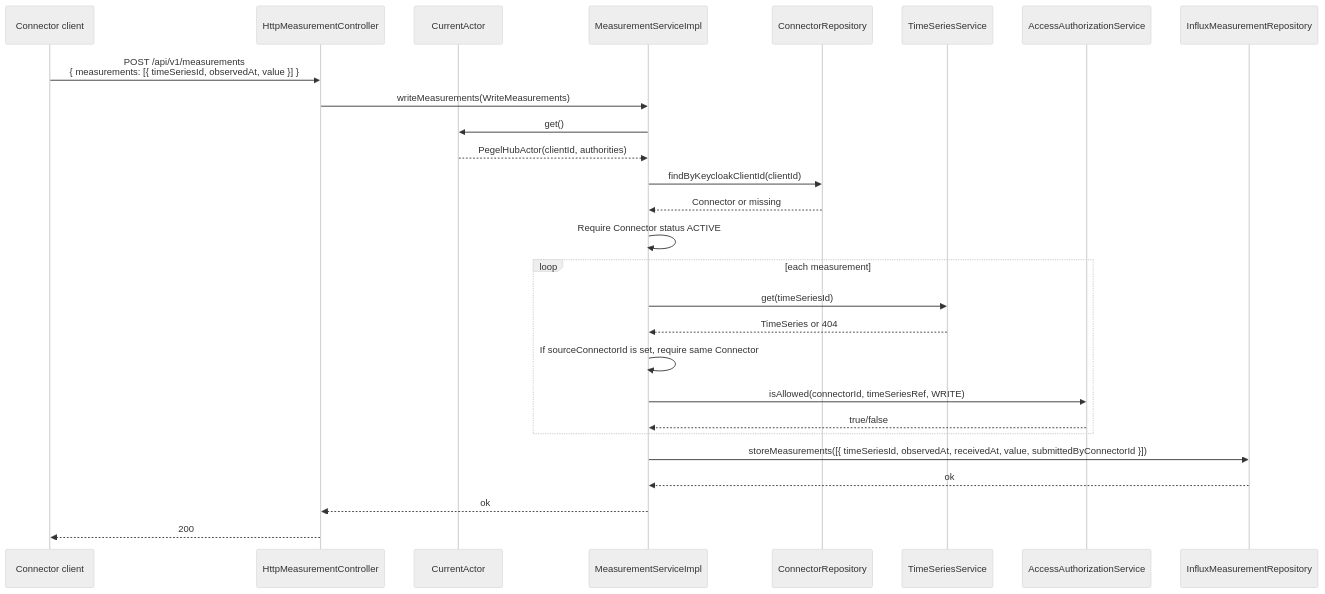
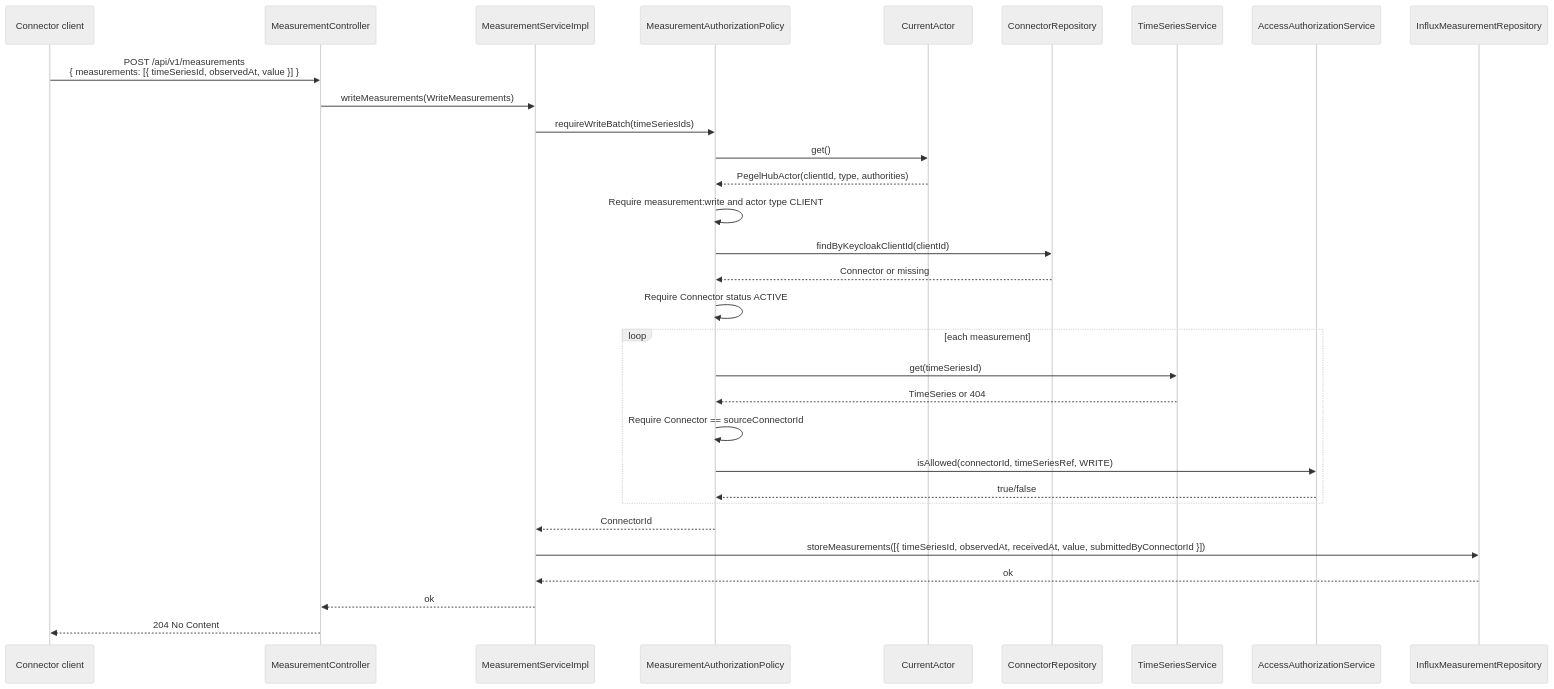
The fourth of 5 diagrams in docs/architecture/pegelhub-domain-model.md (viadonau/pegelhub), drawn with Mermaid (neutral theme) before and after one commit. The commit also changed other lines of this file and 19 other files, not shown here.

````diff
--- a/docs/architecture/pegelhub-domain-model.md
+++ b/docs/architecture/pegelhub-domain-model.md
@@ -173,32 +184,36 @@
 ```mermaid
 sequenceDiagram
     participant C as Connector client
-    participant MC as HttpMeasurementController
+    participant MC as MeasurementController
+    participant MS as MeasurementServiceImpl
+    participant AP as MeasurementAuthorizationPolicy
     participant CA as CurrentActor
-    participant MS as MeasurementServiceImpl
     participant CR as ConnectorRepository
     participant TS as TimeSeriesService
     participant AA as AccessAuthorizationService
     participant MR as InfluxMeasurementRepository
 
     C->>MC: POST /api/v1/measurements<br/>{ measurements: [{ timeSeriesId, observedAt, value }] }
     MC->>MS: writeMeasurements(WriteMeasurements)
-    MS->>CA: get()
-    CA-->>MS: PegelHubActor(clientId, authorities)
-    MS->>CR: findByKeycloakClientId(clientId)
-    CR-->>MS: Connector or missing
-    MS->>MS: Require Connector status ACTIVE
+    MS->>AP: requireWriteBatch(timeSeriesIds)
+    AP->>CA: get()
+    CA-->>AP: PegelHubActor(clientId, type, authorities)
+    AP->>AP: Require measurement:write and actor type CLIENT
+    AP->>CR: findByKeycloakClientId(clientId)
+    CR-->>AP: Connector or missing
+    AP->>AP: Require Connector status ACTIVE
 
     loop each measurement
-        MS->>TS: get(timeSeriesId)
-        TS-->>MS: TimeSeries or 404
-        MS->>MS: If sourceConnectorId is set, require same Connector
-        MS->>AA: isAllowed(connectorId, timeSeriesRef, WRITE)
-        AA-->>MS: true/false
+        AP->>TS: get(timeSeriesId)
+        TS-->>AP: TimeSeries or 404
+        AP->>AP: Require Connector == sourceConnectorId
+        AP->>AA: isAllowed(connectorId, timeSeriesRef, WRITE)
+        AA-->>AP: true/false
     end
 
+    AP-->>MS: ConnectorId
     MS->>MR: storeMeasurements([{ timeSeriesId, observedAt, receivedAt, value, submittedByConnectorId }])
     MR-->>MS: ok
     MS-->>MC: ok
-    MC-->>C: 200
+    MC-->>C: 204 No Content
 ```
````
